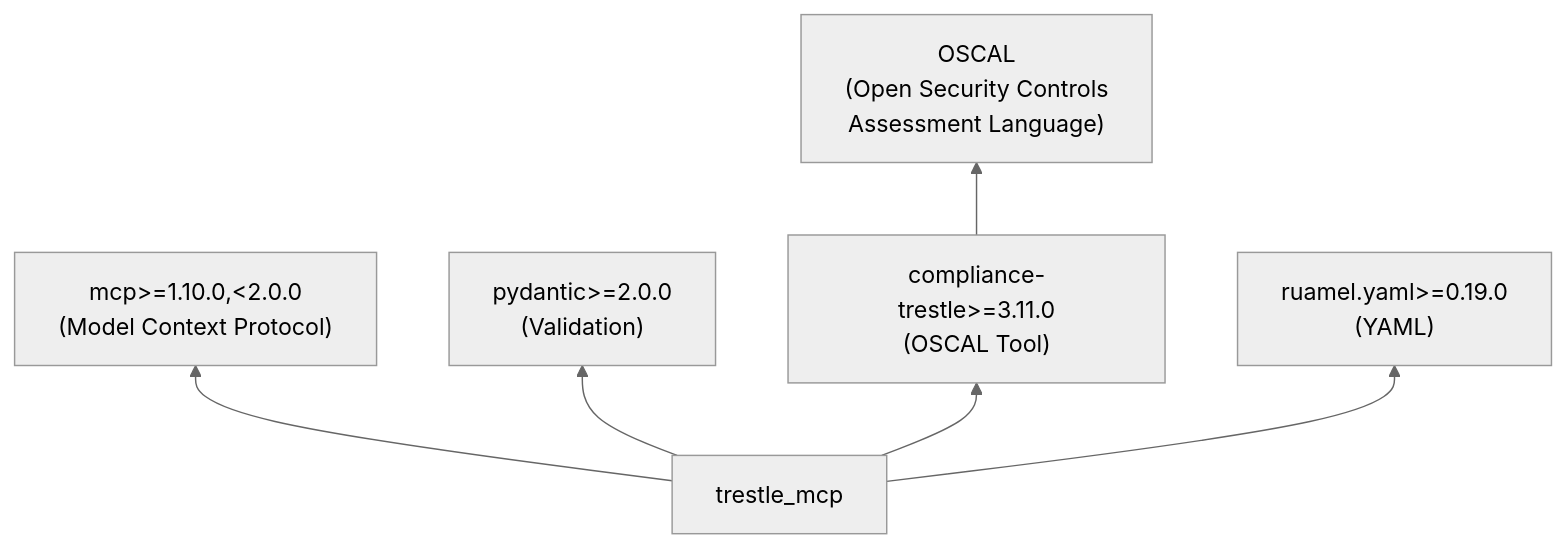
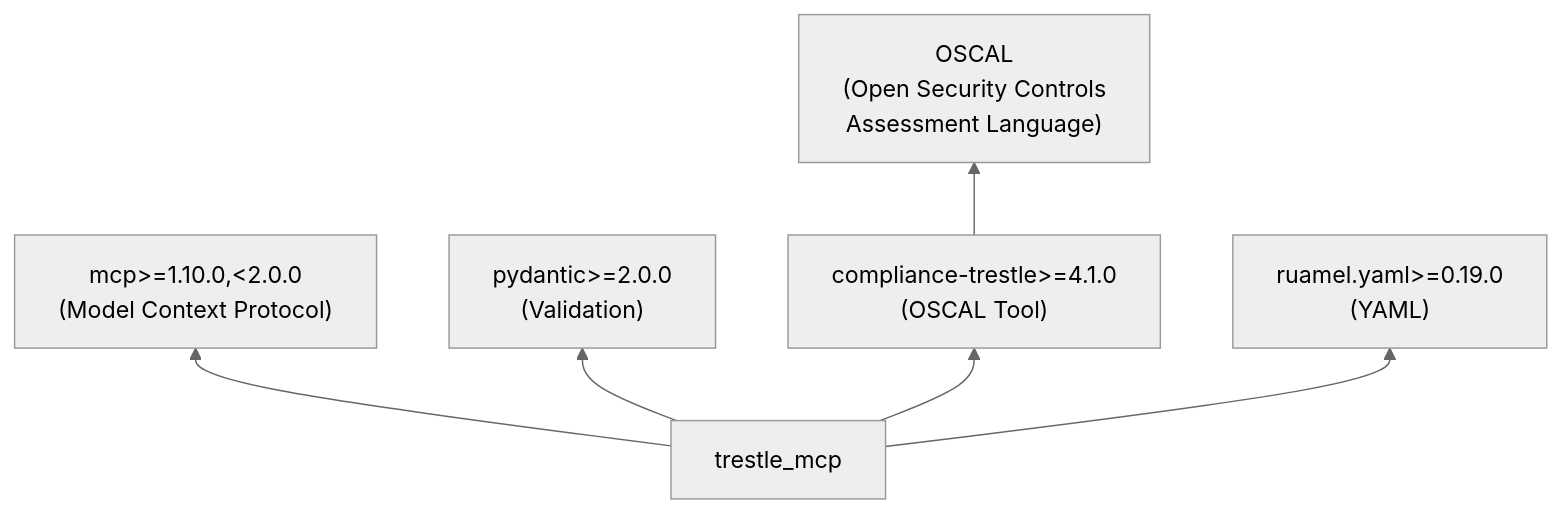
Before and after one commit to oscal-compass/compliance-trestle-mcp: the fourth of 4 diagrams in docs/architecture.md, drawn with Mermaid (neutral theme). The commit also changed 1 other file, not shown here.

Commit message:
fix: require compliance-trestle>=4.1.0
The bound was >=3.11.0, which permitted installs where default tools could not
work. `trestle_task_csv_to_oscal_mc` is in the `authoring` preset and its task
module does not exist before trestle 4.0.0; neither does the
`mapping-collection` model type this branch added to `OscalModelType`, so
create, assemble and replicate failed argparse's choices check on it. On a
3.11 or 3.12 install -- satisfying the old bound -- two of the thirteen default
tools failed every call.

The bound is 4.1.0 rather than the 4.0.0 the review suggested:
`trestle_task_xlsx_to_oscal_poam` is also in the default preset, and its task
module is not in 4.0.0 either. 4.0.x ships `xlsx_to_oscal_profile` instead;
`xlsx_to_oscal_poam` arrives in 4.1.0.

4.1.0 is verified, not assumed. Against a 4.1.0 install: all 25 wrapped
commands and all three wrapped tasks are present, `mapping-collection` is in
MODEL_TYPE_LIST, the end-to-end suite passes 8/8, and the option set of every
wrapped command is identical to 5.2.0's -- so an argument accepted by the
version this was developed against is accepted by the minimum.

Reported in review of #1, item 7.

````diff
--- a/docs/architecture.md
+++ b/docs/architecture.md
@@ -169,8 +169,8 @@
 ```mermaid
 graph BT
     trestle_mcp --> mcp["mcp>=1.10.0,<2.0.0\n(Model Context Protocol)"]
     trestle_mcp --> pydantic["pydantic>=2.0.0\n(Validation)"]
-    trestle_mcp --> compliance_trestle["compliance-trestle>=3.11.0\n(OSCAL Tool)"]
+    trestle_mcp --> compliance_trestle["compliance-trestle>=4.1.0\n(OSCAL Tool)"]
     trestle_mcp --> ruamel["ruamel.yaml>=0.19.0\n(YAML)"]
     compliance_trestle --> oscal["OSCAL\n(Open Security Controls\nAssessment Language)"]
 ```
````
